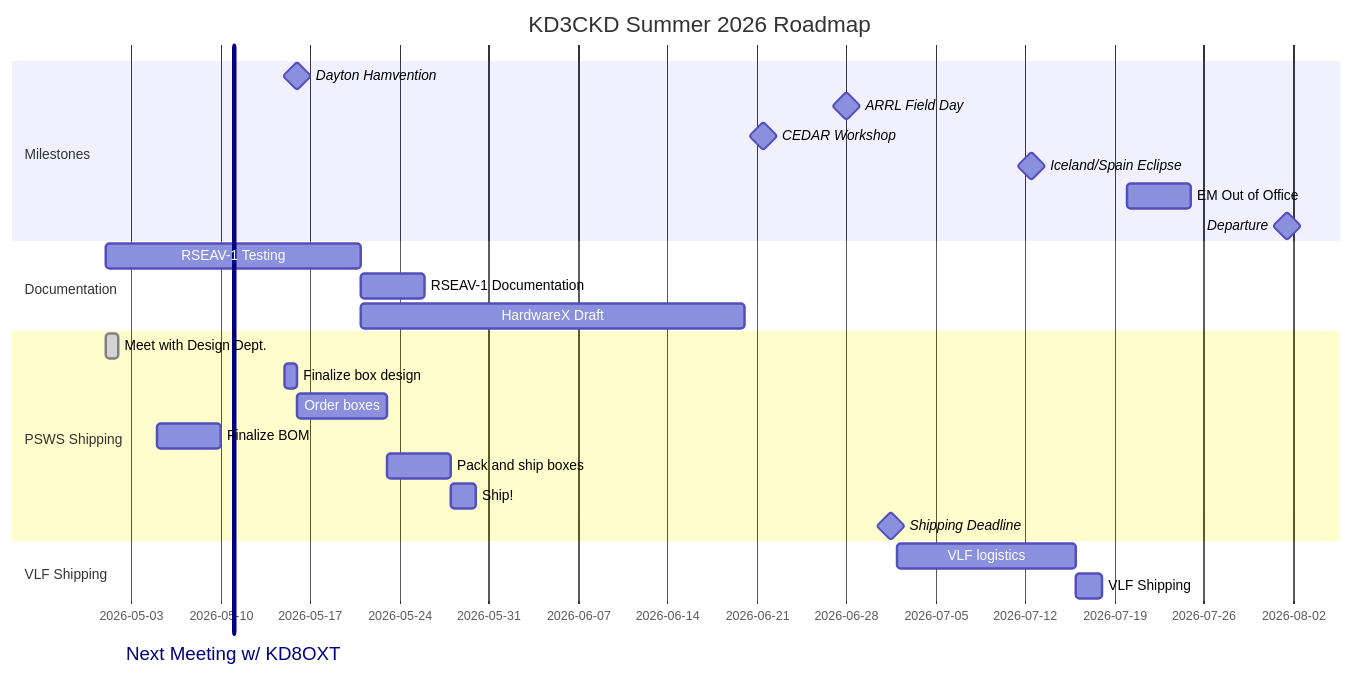
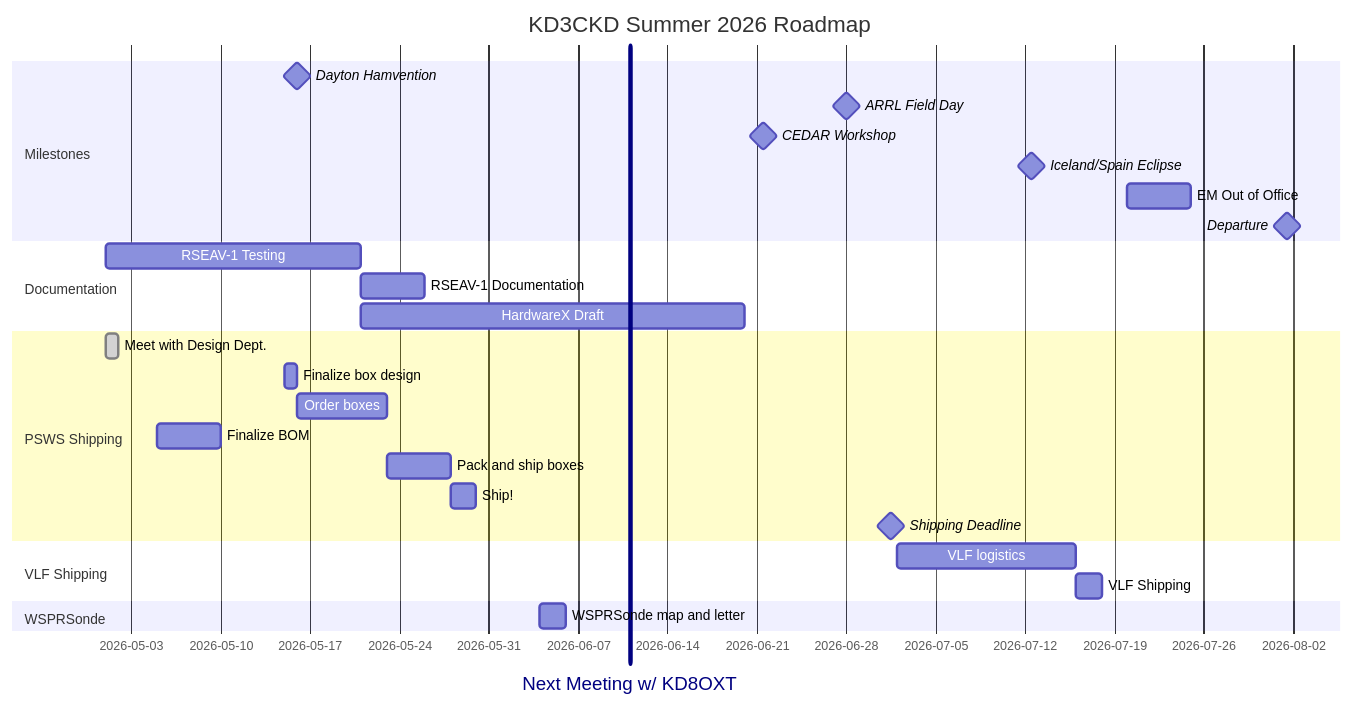
Before and after one commit to HamSCI/psws-charette: the diagram in emma_gantt.md, drawn with Mermaid.

````diff
--- a/emma_gantt.md
+++ b/emma_gantt.md
@@ -1,30 +1,31 @@
 ```mermaid
 gantt
     title KD3CKD Summer 2026 Roadmap
-    Next Meeting w/ KD8OXT :vert, 2026-05-11, 0d
+    Next Meeting w/ KD8OXT :vert, 2026-06-11, 0d
     dateFormat YYYY-MM
 section Milestones
         Dayton Hamvention       : milestone, hamvention, 2026-05-15, 2d
         ARRL Field Day       : milestone, fieldday, 2026-06-27, 2d
         CEDAR Workshop    : milestone, CEDAR, 2026-06-21, 1d 
         Iceland/Spain Eclipse       : milestone, Eclipse, 2026-07-12, 1d
         EM Out of Office : oof, 2026-07-20, 5d
         Departure       : milestone, end, 2026-08-01, 1d
                                 
 section Documentation
        RSEAV-1 Testing    :antennatest, 2026-05-1, 20d
        RSEAV-1 Documentation    :antennadoc, after antennatest, 5d
        HardwareX Draft :hardwarex, after antennatest, 30d
 section PSWS Shipping
        Meet with Design Dept. :done, designmeet, 2026-05-01, 1d
        Finalize box design: boxdesign, 2026-05-15, 1d
        Order boxes: boxorder, after boxdesign, 7d
        Finalize BOM: BOM, 2026-05-05, 5d
        Pack and ship boxes: packing, after BOM boxorder, 5d
        Ship!: ship, after packing, 2d
        Shipping Deadline      :milestone, shippingdeadline, 2026-07-01, 1d
 section VLF Shipping
        VLF logistics: vlflog, after shippingdeadline, 2w
        VLF Shipping: vlfship, after vlflog, 2d
-
+section WSPRSonde
+       WSPRSonde map and letter: wsprsondeletter, 2026-06-04, 2d
 ```
````
